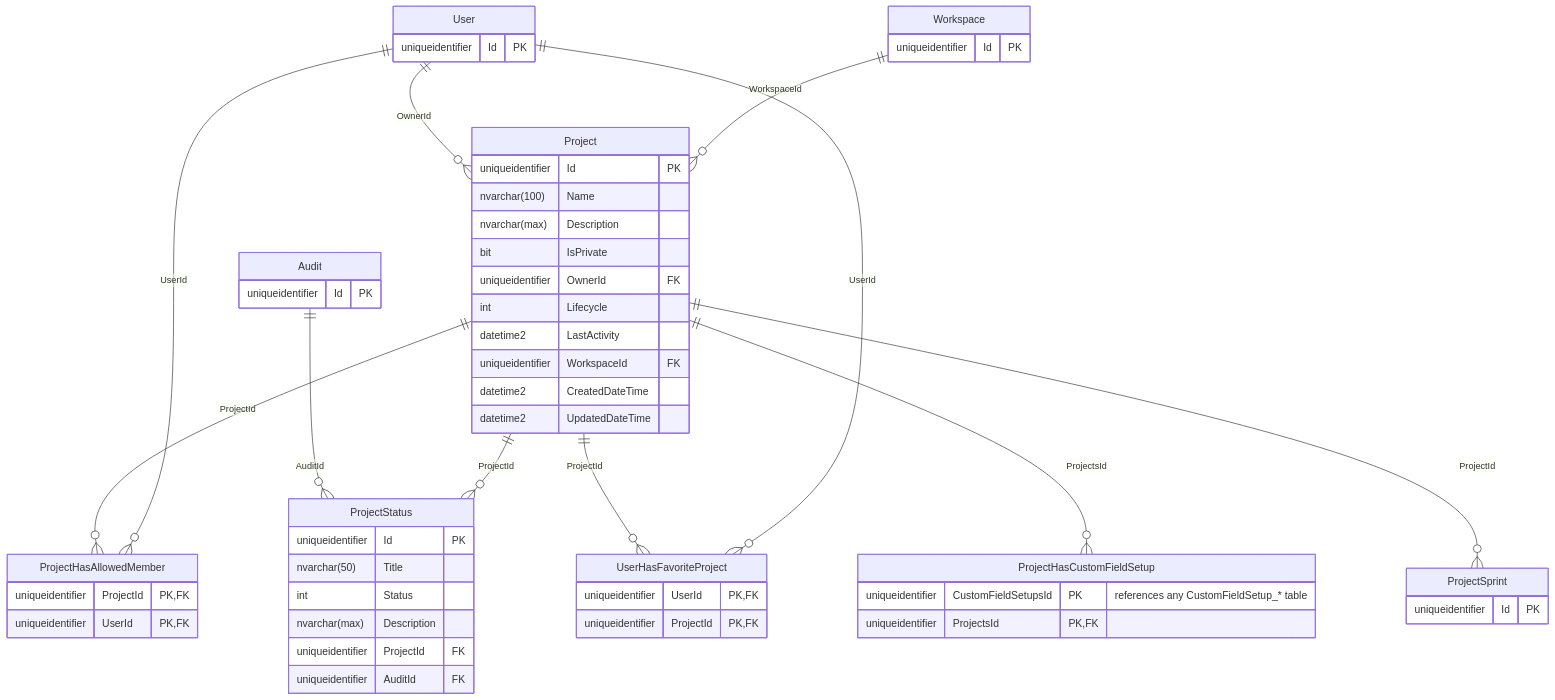
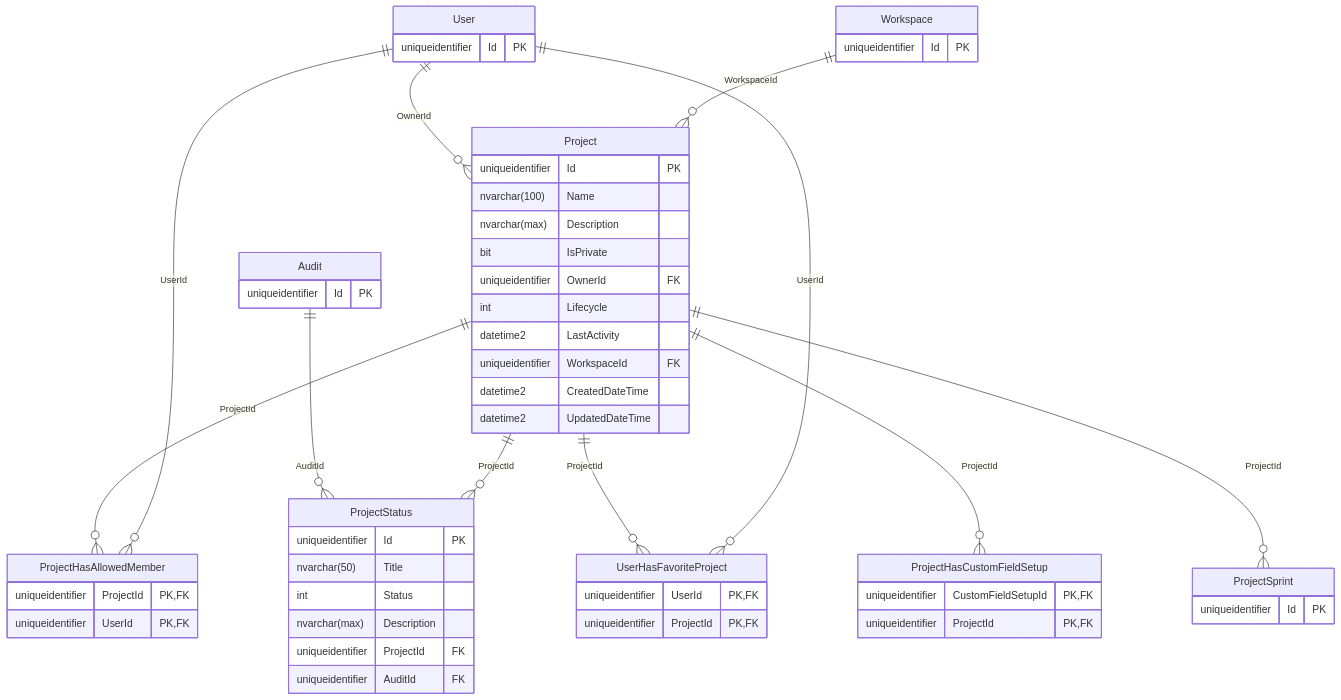
One commit to mihai2000q/ConsiliumTempus-be changed the diagram in docs/database-diagrams/aggregates/Diagram.Project.md. Above: the diagram before and after it, drawn with Mermaid. The commit also changed 2 other files, not shown here.

Commit message:
#284 Database Diagrams - ProjectId on Project Has Custom Field Setup

````diff
--- a/docs/database-diagrams/aggregates/Diagram.Project.md
+++ b/docs/database-diagrams/aggregates/Diagram.Project.md
@@ -26,58 +26,58 @@
 ```mermaid
 erDiagram
     User ||--o{ Project : "OwnerId"
     Workspace ||--o{ Project : "WorkspaceId"
     Project ||--o{ ProjectHasAllowedMember : "ProjectId"
     User ||--o{ ProjectHasAllowedMember : "UserId"
     Audit ||--o{ ProjectStatus : "AuditId"
     Project ||--o{ ProjectStatus : "ProjectId"
     Project ||--o{ UserHasFavoriteProject : "ProjectId"
     User ||--o{ UserHasFavoriteProject : "UserId"
-    Project ||--o{ ProjectHasCustomFieldSetup : "ProjectsId"
+    Project ||--o{ ProjectHasCustomFieldSetup : "ProjectId"
     Project ||--o{ ProjectSprint : "ProjectId"
 
     Project {
         uniqueidentifier Id PK
         nvarchar(100) Name
         nvarchar(max) Description
         bit IsPrivate
         uniqueidentifier OwnerId FK
         int Lifecycle
         datetime2 LastActivity
         uniqueidentifier WorkspaceId FK
         datetime2 CreatedDateTime
         datetime2 UpdatedDateTime
     }
     ProjectHasAllowedMember {
         uniqueidentifier ProjectId PK, FK
         uniqueidentifier UserId PK, FK
     }
     ProjectStatus {
         uniqueidentifier Id PK
         nvarchar(50) Title
         int Status
         nvarchar(max) Description
         uniqueidentifier ProjectId FK
         uniqueidentifier AuditId FK
     }
     UserHasFavoriteProject {
         uniqueidentifier UserId PK, FK
         uniqueidentifier ProjectId PK, FK
     }
     User {
         uniqueidentifier Id PK
     }
     Audit {
         uniqueidentifier Id PK
     }
     Workspace {
         uniqueidentifier Id PK
     }
     ProjectHasCustomFieldSetup {
-        uniqueidentifier CustomFieldSetupsId PK "references any CustomFieldSetup_* table"
-        uniqueidentifier ProjectsId PK, FK
+        uniqueidentifier CustomFieldSetupId PK, FK
+        uniqueidentifier ProjectId PK, FK
     }
     ProjectSprint {
         uniqueidentifier Id PK
     }
 ```
````
